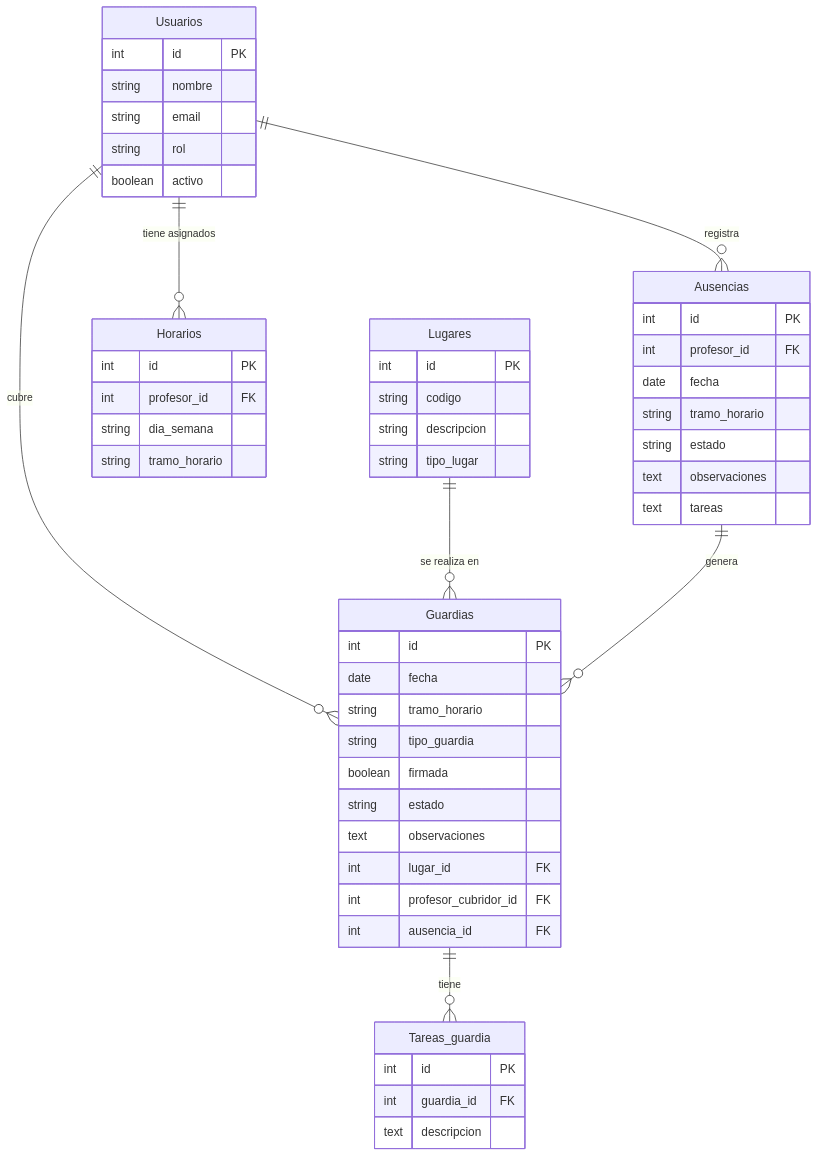
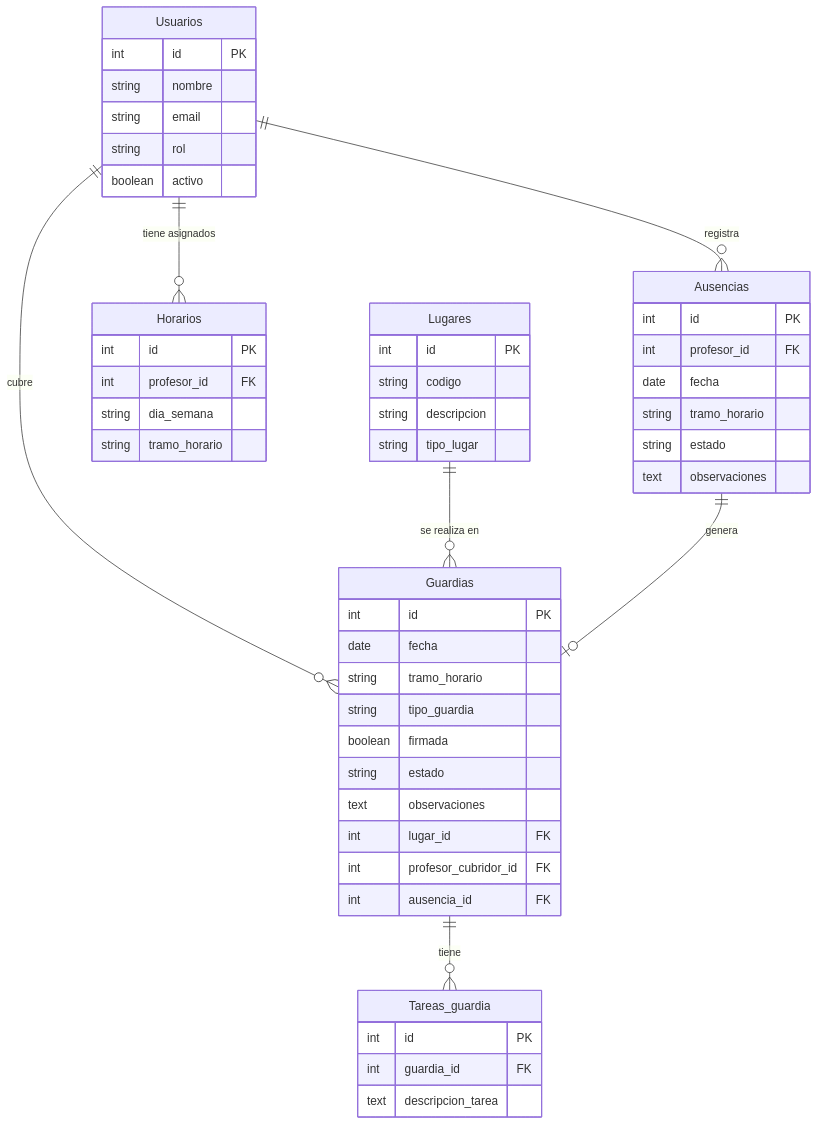
Before and after one commit to RGiskard7/gestion-guardias: the diagram in doc/DIAGRAMA-ER.md, drawn with Mermaid. The commit also changed other lines of this file and 5 other files, not shown here.

First line of the commit message:
docs: actualizar documentación técnica y diagramas

````diff
--- a/doc/DIAGRAMA-ER.md
+++ b/doc/DIAGRAMA-ER.md
@@ -7,60 +7,59 @@
 ```mermaid
 erDiagram
     Usuarios {
         int id PK
         string nombre
         string email
         string rol
         boolean activo
     }
     
     Lugares {
         int id PK
         string codigo
         string descripcion
         string tipo_lugar
     }
     
     Horarios {
         int id PK
         int profesor_id FK
         string dia_semana
         string tramo_horario
     }
     
     Ausencias {
         int id PK
         int profesor_id FK
         date fecha
         string tramo_horario
         string estado
         text observaciones
-        text tareas
     }
     
     Guardias {
         int id PK
         date fecha
         string tramo_horario
         string tipo_guardia
         boolean firmada
         string estado
         text observaciones
         int lugar_id FK
         int profesor_cubridor_id FK
         int ausencia_id FK
     }
     
     Tareas_guardia {
         int id PK
         int guardia_id FK
-        text descripcion
+        text descripcion_tarea
     }
     
     Usuarios ||--o{ Horarios : "tiene asignados"
     Usuarios ||--o{ Ausencias : "registra"
     Usuarios ||--o{ Guardias : "cubre"
     Lugares ||--o{ Guardias : "se realiza en"
-    Ausencias ||--o{ Guardias : "genera"
+    Ausencias ||--o| Guardias : "genera"
     Guardias ||--o{ Tareas_guardia : "tiene"
 ```
````
